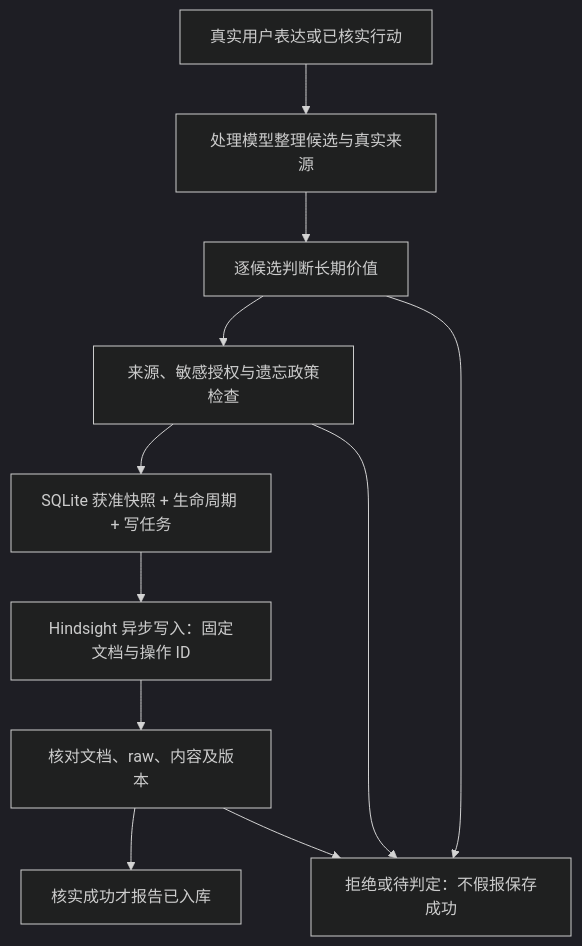
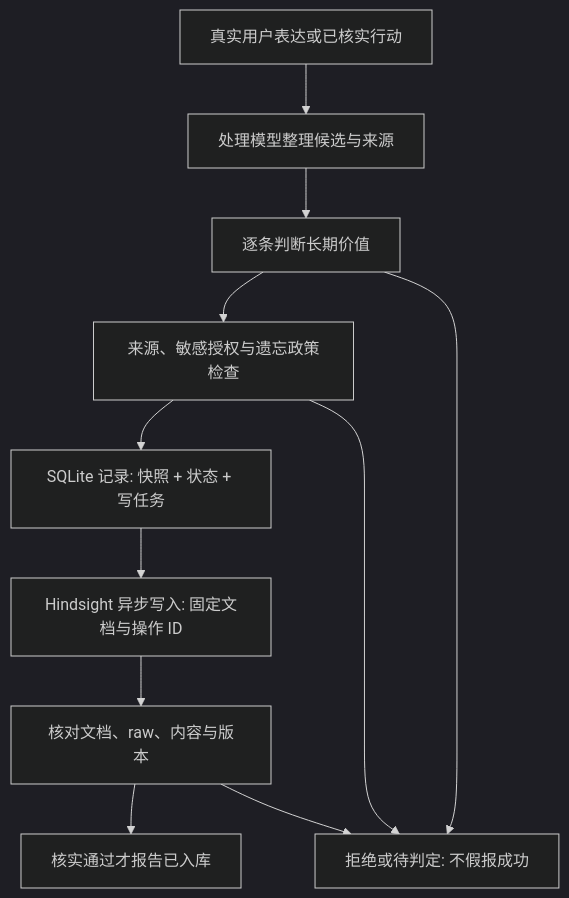
One commit to LyCecilion/lepimemory changed the first of 2 diagrams in docs/MECHANISM.md. Above: the diagram before and after it, drawn with Mermaid (dark theme). The commit also changed other lines of this file and 4 other files, not shown here.

````diff
--- a/docs/MECHANISM.md
+++ b/docs/MECHANISM.md
@@ -121,13 +115,13 @@
 ```mermaid
 flowchart TD
-    U[真实用户表达或已核实行动] --> C[处理模型整理候选与真实来源]
-    C --> V[逐候选判断长期价值]
+    U[真实用户表达或已核实行动] --> C[处理模型整理候选与来源]
+    C --> V[逐条判断长期价值]
     V --> A[来源、敏感授权与遗忘政策检查]
-    A --> S[SQLite 获准快照 + 生命周期 + 写任务]
-    S --> H[Hindsight 异步写入：固定文档与操作 ID]
-    H --> P[核对文档、raw、内容及版本]
-    P --> R[核实成功才报告已入库]
-    V --> D[拒绝或待判定：不假报保存成功]
+    A --> S[SQLite 记录: 快照 + 状态 + 写任务]
+    S --> H[Hindsight 异步写入: 固定文档与操作 ID]
+    H --> P[核对文档、raw、内容与版本]
+    P --> R[核实通过才报告已入库]
+    V --> D[拒绝或待判定: 不假报成功]
     A --> D
     P --> D
 ```
````
